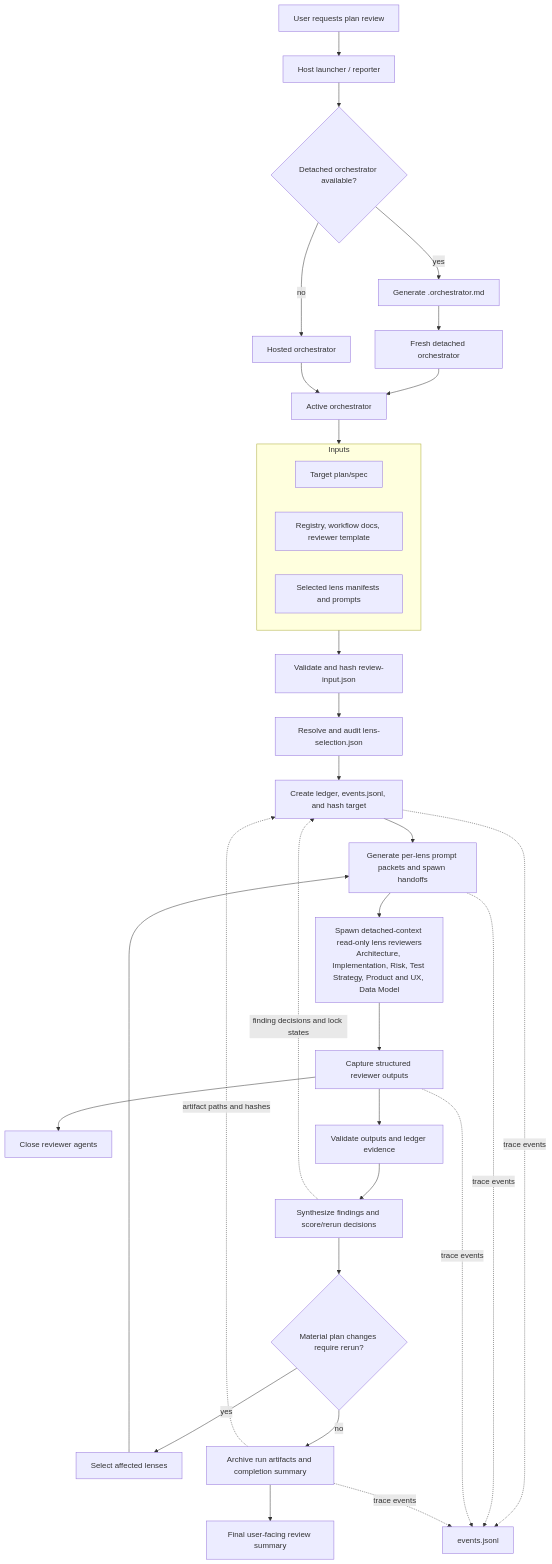
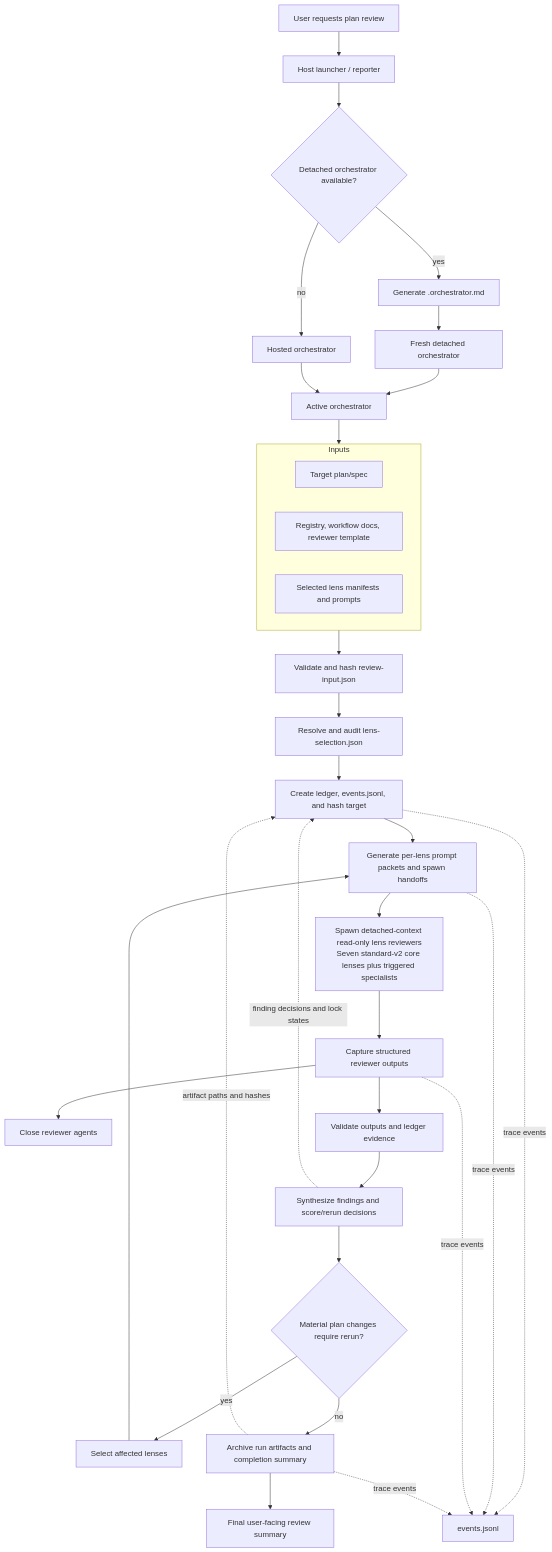
Before and after one commit to 540lyle/lens-temper: the diagram in docs/agent-flow.md, drawn with Mermaid. The commit also changed other lines of this file and 102 other files, not shown here.

````diff
--- a/docs/agent-flow.md
+++ b/docs/agent-flow.md
@@ -10,44 +10,44 @@
 ```mermaid
 flowchart TD
   User["User requests plan review"] --> Launcher["Host launcher / reporter"]
   Launcher --> Mode{"Detached orchestrator available?"}
   Mode -- yes --> Packet["Generate <pass-id>.orchestrator.md"]
   Packet --> Detached["Fresh detached orchestrator"]
   Mode -- no --> Hosted["Hosted orchestrator"]
   Detached --> Orchestrator["Active orchestrator"]
   Hosted --> Orchestrator
 
   subgraph Inputs["Inputs"]
     Target["Target plan/spec"]
     Registry["Registry, workflow docs, reviewer template"]
     Lenses["Selected lens manifests and prompts"]
   end
 
   Orchestrator --> Inputs
   Inputs --> Contract["Validate and hash review-input.json"]
   Contract --> Select["Resolve and audit lens-selection.json"]
   Select --> Prep["Create ledger, events.jsonl, and hash target"]
   Prep --> Generate["Generate per-lens prompt packets and spawn handoffs"]
 
-  Generate --> Wave["Spawn detached-context read-only lens reviewers<br/>Architecture, Implementation, Risk, Test Strategy, Product and UX, Data Model"]
+  Generate --> Wave["Spawn detached-context read-only lens reviewers<br/>Seven standard-v2 core lenses plus triggered specialists"]
 
   Wave --> Outputs["Capture structured reviewer outputs"]
   Outputs --> Close["Close reviewer agents"]
   Outputs --> Validate["Validate outputs and ledger evidence"]
 
   Validate --> Synthesis["Synthesize findings and score/rerun decisions"]
   Synthesis --> Rerun{"Material plan changes require rerun?"}
 
   Rerun -- yes --> Affected["Select affected lenses"]
   Affected --> Generate
 
   Rerun -- no --> Archive["Archive run artifacts and completion summary"]
   Archive --> Final["Final user-facing review summary"]
 
   Synthesis -. "finding decisions and lock states" .-> Prep
   Archive -. "artifact paths and hashes" .-> Prep
   Prep -. "trace events" .-> Trace["events.jsonl"]
   Generate -. "trace events" .-> Trace
   Outputs -. "trace events" .-> Trace
   Archive -. "trace events" .-> Trace
 ```
````
